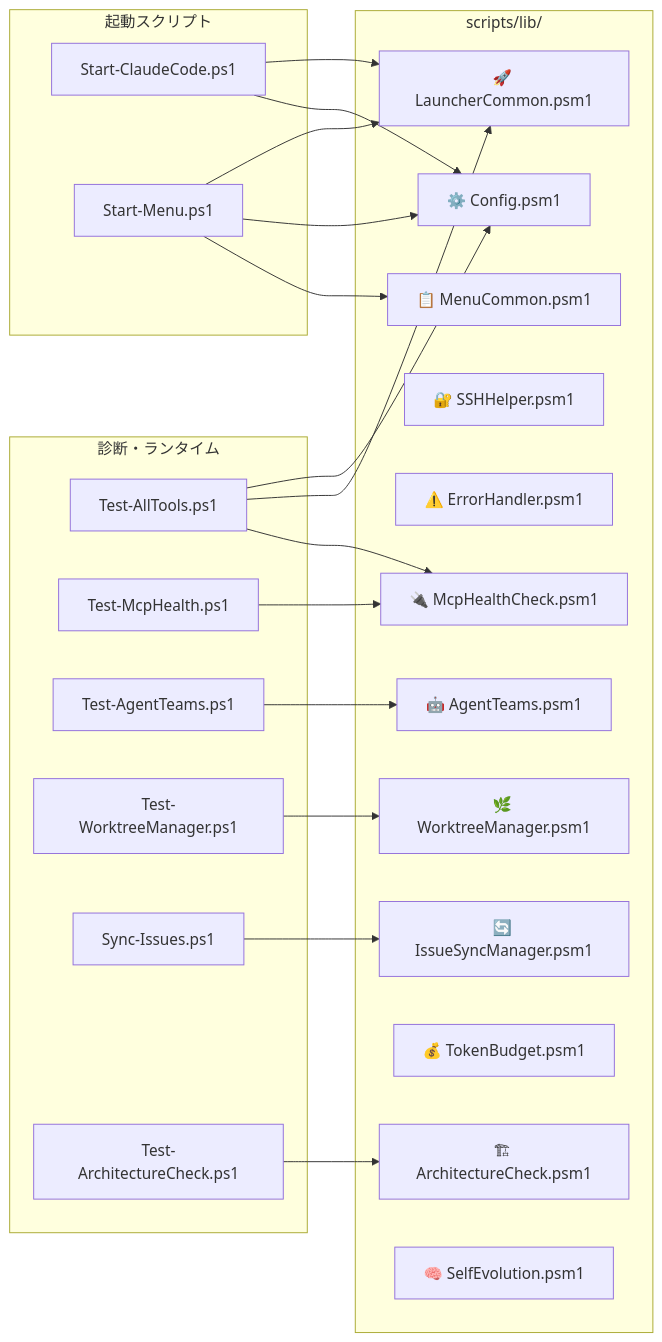
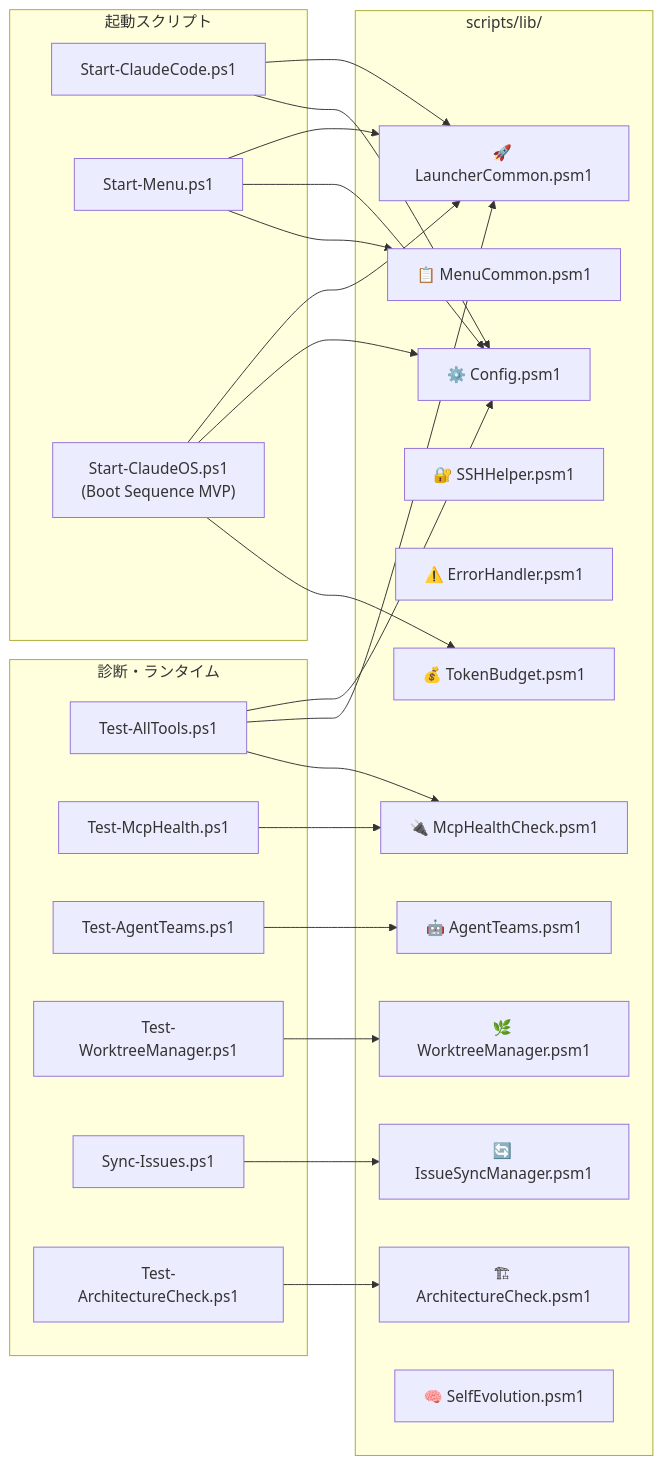
One commit to Kensan196948G/ClaudeCLI-CodexCLI-CopilotCLI-StartUpTools-New changed the second of 5 diagrams in README.md. Above: the diagram before and after it, drawn with Mermaid. The commit also changed other lines of this file, not shown here.

First line of the commit message:
docs(readme): Boot Sequence scaffold と最近の仕様変更を反映

````diff
--- a/README.md
+++ b/README.md
@@ -102,36 +103,39 @@
 ```mermaid
 graph LR
     subgraph "scripts/lib/"
         Config["⚙️ Config.psm1"]
         Launcher["🚀 LauncherCommon.psm1"]
         Menu["📋 MenuCommon.psm1"]
         SSH["🔐 SSHHelper.psm1"]
         Error["⚠️ ErrorHandler.psm1"]
         MCP["🔌 McpHealthCheck.psm1"]
         AT["🤖 AgentTeams.psm1"]
         WT["🌿 WorktreeManager.psm1"]
         IS["🔄 IssueSyncManager.psm1"]
         TB["💰 TokenBudget.psm1"]
         AC["🏗 ArchitectureCheck.psm1"]
         SE["🧠 SelfEvolution.psm1"]
     end
 
     subgraph "診断・ランタイム"
         TAT["Test-AllTools.ps1"] --> Config
         TAT --> Launcher
         TAT --> MCP
         TMH["Test-McpHealth.ps1"] --> MCP
         TAG["Test-AgentTeams.ps1"] --> AT
         TWT["Test-WorktreeManager.ps1"] --> WT
         SIS["Sync-Issues.ps1"] --> IS
         TAC["Test-ArchitectureCheck.ps1"] --> AC
     end
 
     subgraph "起動スクリプト"
         SC["Start-ClaudeCode.ps1"] --> Launcher
         SC --> Config
         SM["Start-Menu.ps1"] --> Launcher
         SM --> Config
         SM --> Menu
+        SOS["Start-ClaudeOS.ps1<br/>(Boot Sequence MVP)"] --> Launcher
+        SOS --> Config
+        SOS --> TB
     end
 ```
````
